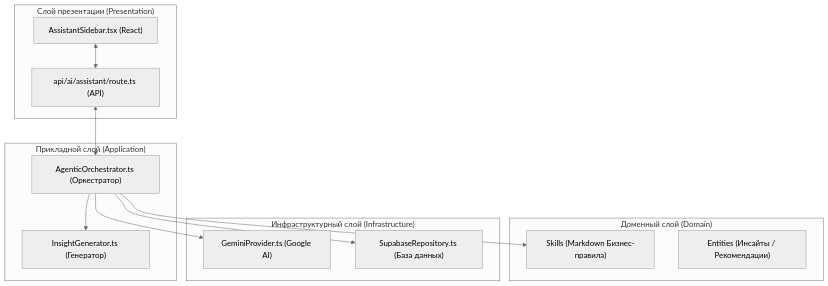
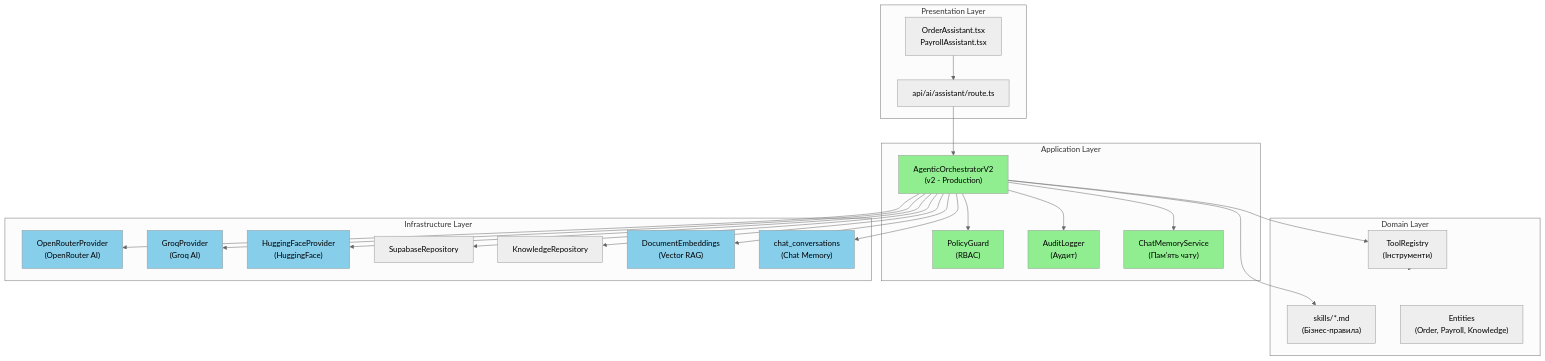
The first of 7 diagrams in crm/docs/ai/architecture.md (yobozavrik/shveyka_v2), drawn with Mermaid (neutral theme) before and after one commit. The commit also changed other lines of this file and 1122 other files, not shown here.

````diff
--- a/crm/docs/ai/architecture.md
+++ b/crm/docs/ai/architecture.md
@@ -3,30 +19,65 @@
 ```mermaid
 graph TD
-    subgraph Presentation ["Слой презентации (Presentation)"]
-        UI["AssistantSidebar.tsx (React)"]
-        API["api/ai/assistant/route.ts (API)"]
+    subgraph Presentation ["Presentation Layer"]
+        UI["OrderAssistant.tsx<br/>PayrollAssistant.tsx"]
+        API["api/ai/assistant/route.ts"]
     end
 
-    subgraph Application ["Прикладной слой (Application)"]
-        Orch["AgenticOrchestrator.ts (Оркестратор)"]
-        IG["InsightGenerator.ts (Генератор)"]
+    subgraph Application ["Application Layer"]
+        OrchV2["AgenticOrchestratorV2<br/>(v2 - Production)"]
+        Policy["PolicyGuard<br/>(RBAC)"]
+        Audit["AuditLogger<br/>(Аудит)"]
+        ChatMem["ChatMemoryService<br/>(Пам'ять чату)"]
     end
 
-    subgraph Domain ["Доменный слой (Domain)"]
-        Skills["Skills (Markdown Бизнес-правила)"]
-        Entities["Entities (Инсайты / Рекомендации)"]
+    subgraph Domain ["Domain Layer"]
+        Skills["skills/*.md<br/>(Бізнес-правила)"]
+        Tools["ToolRegistry<br/>(Інструменти)"]
+        Entities["Entities<br/>(Order, Payroll, Knowledge)"]
     end
 
-    subgraph Infrastructure ["Инфраструктурный слой (Infrastructure)"]
-        Gemini["GeminiProvider.ts (Google AI)"]
-        Supabase["SupabaseRepository.ts (База данных)"]
+    subgraph Infrastructure ["Infrastructure Layer"]
+        OpenRouter["OpenRouterProvider<br/>(OpenRouter AI)"]
+        Groq["GroqProvider<br/>(Groq AI)"]
+        HF["HuggingFaceProvider<br/>(HuggingFace)"]
+        SupabaseRepo["SupabaseRepository"]
+        KnowledgeRepo["KnowledgeRepository"]
+        VectorIndex["DocumentEmbeddings<br/>(Vector RAG)"]
+        ChatConv["chat_conversations<br/>(Chat Memory)"]
     end
 
-    %% Взаимодействия
-    UI <--> API
-    API <--> Orch
-    Orch --> IG
-    Orch --> Skills
-    Orch --> Gemini
-    Orch --> Supabase
+    %% UI -> API
+    UI --> API
+
+    %% API -> Orchestrators
+    API --> OrchV2
+
+    %% V2 -> Policy, Audit, ChatMemory
+    OrchV2 --> Policy
+    OrchV2 --> Audit
+    OrchV2 --> ChatMem
+
+    %% V2 -> Tools
+    OrchV2 --> Tools
+    Tools --> Domain
+
+    %% V2 -> Repositories
+    OrchV2 --> KnowledgeRepo
+    OrchV2 --> SupabaseRepo
+    OrchV2 --> VectorIndex
+    OrchV2 --> ChatConv
+
+    %% Providers
+    OrchV2 --> OpenRouter
+    OrchV2 --> Groq
+    OrchV2 --> HF
+
+    %% Skills (ground truth)
+    OrchV2 --> Skills
+
+    %% Legend
+    classDef production fill:#90EE90
+    classDef infrastructure fill:#87CEEB
+    class OrchV2,Policy,Audit,ChatMem production
+    class OpenRouter,Groq,HF,VectorIndex,ChatConv infrastructure
 ```
````
